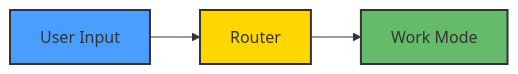
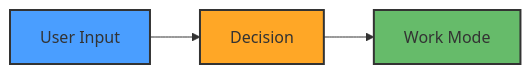
Before and after one commit to ManuelKugelmann/BitBot: the diagram in CLAUDE.md, drawn with Mermaid. The commit also changed other lines of this file, not shown here.

First line of the commit message:
Simplify color scheme to FLOW_INNER_BITBOT palette

````diff
--- a/CLAUDE.md
+++ b/CLAUDE.md
@@ -94,8 +94,8 @@
 ```mermaid
 graph LR
-    A[User Input] --> B[Router]
+    A[User Input] --> B[Decision]
     B --> C[Work Mode]
     style A fill:#4a9eff,stroke:#333,stroke-width:2px
-    style B fill:#ffd700,stroke:#333,stroke-width:2px,color:#333
+    style B fill:#ffa726,stroke:#333,stroke-width:2px,color:#333
     style C fill:#66bb6a,stroke:#333,stroke-width:2px,color:#333
 ```
````
